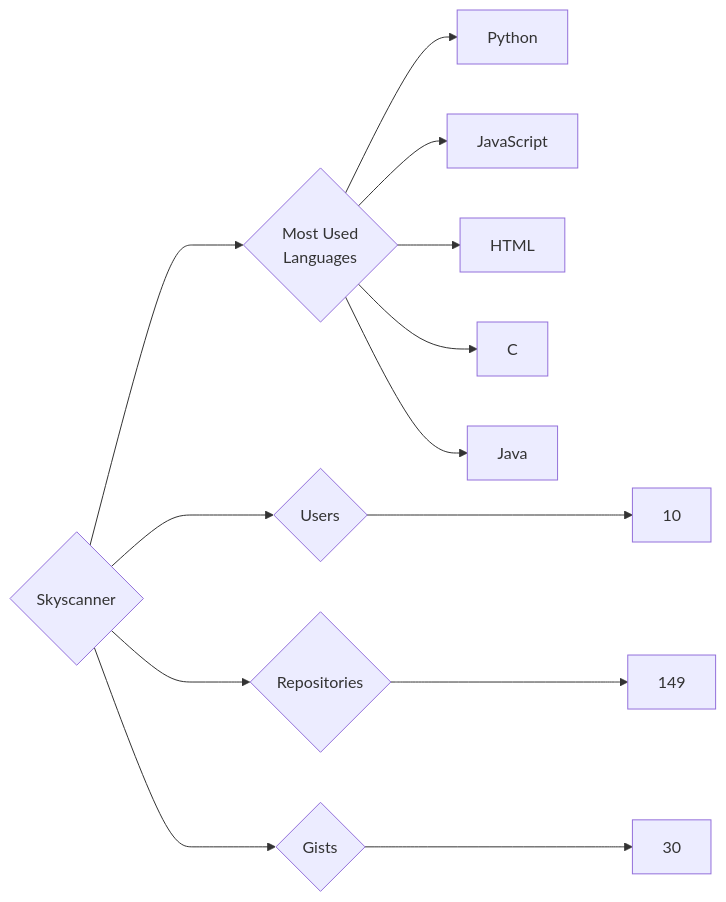
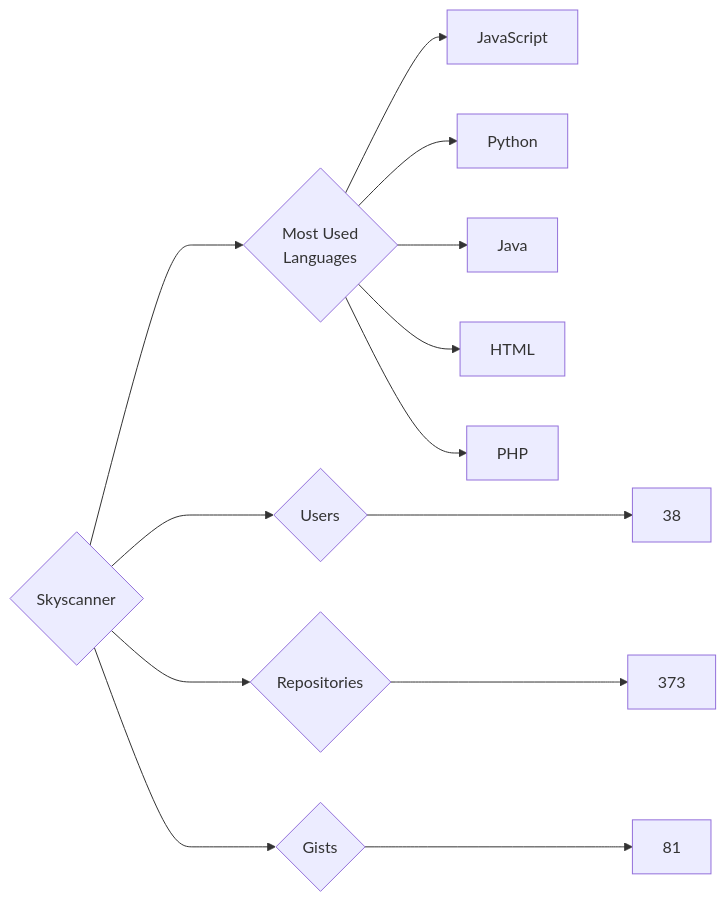
One commit to trickest/insiders changed the diagram in targets/Skyscanner/README.md. Above: the diagram before and after it, drawn with Mermaid. The commit also changed 965 other files, not shown here.

````diff
--- a/targets/Skyscanner/README.md
+++ b/targets/Skyscanner/README.md
@@ -3,13 +3,13 @@
 ```mermaid
 graph LR
 COMPANY_NAME{Skyscanner}
-COMPANY_NAME ---> U{Users} ---> UN[10]
-COMPANY_NAME ---> R{Repositories} ---> RN[149]
-COMPANY_NAME ---> G{Gists} ---> GN[30]
+COMPANY_NAME ---> U{Users} ---> UN[38]
+COMPANY_NAME ---> R{Repositories} ---> RN[373]
+COMPANY_NAME ---> G{Gists} ---> GN[81]
 COMPANY_NAME ---> ML{Most Used<br>Languages}
+ML --> JavaScript[JavaScript]
 ML --> Python[Python]
-ML --> JavaScript[JavaScript]
+ML --> Java[Java]
 ML --> HTML[HTML]
-ML --> C[C]
-ML --> Java[Java]
+ML --> PHP[PHP]
 ```
````
